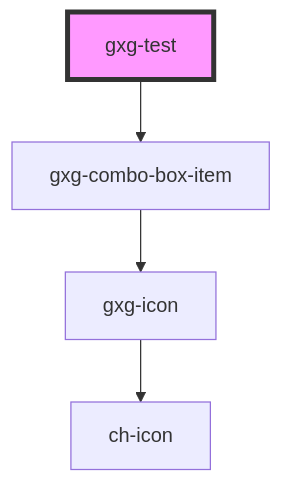
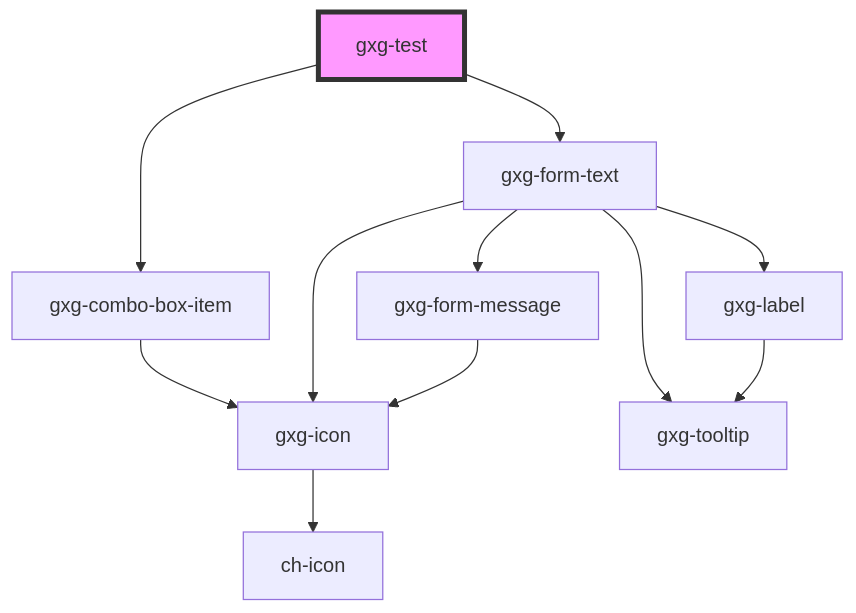
Before and after one commit to genexuslabs/gemini: the diagram in src/components/test/readme.md, drawn with Mermaid. The commit also changed other lines of this file and 4 other files, not shown here.

````diff
--- a/src/components/test/readme.md
+++ b/src/components/test/readme.md
@@ -19,7 +20,14 @@
 ```mermaid
 graph TD;
   gxg-test --> gxg-combo-box-item
+  gxg-test --> gxg-form-text
   gxg-combo-box-item --> gxg-icon
   gxg-icon --> ch-icon
+  gxg-form-text --> gxg-icon
+  gxg-form-text --> gxg-label
+  gxg-form-text --> gxg-form-message
+  gxg-form-text --> gxg-tooltip
+  gxg-label --> gxg-tooltip
+  gxg-form-message --> gxg-icon
   style gxg-test fill:#f9f,stroke:#333,stroke-width:4px
 ```
````
